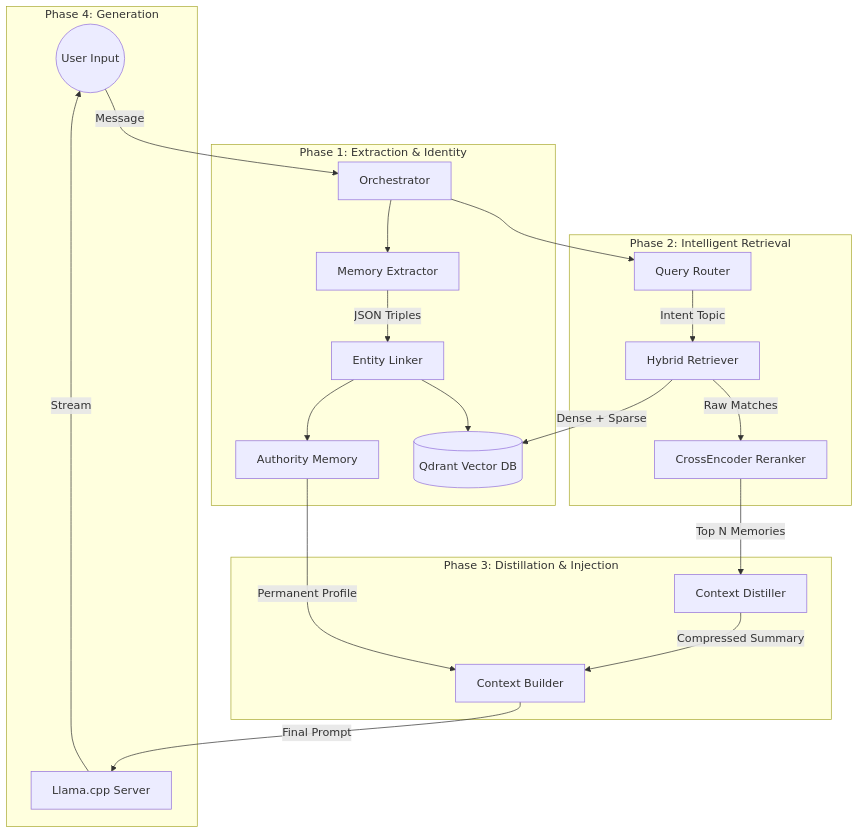
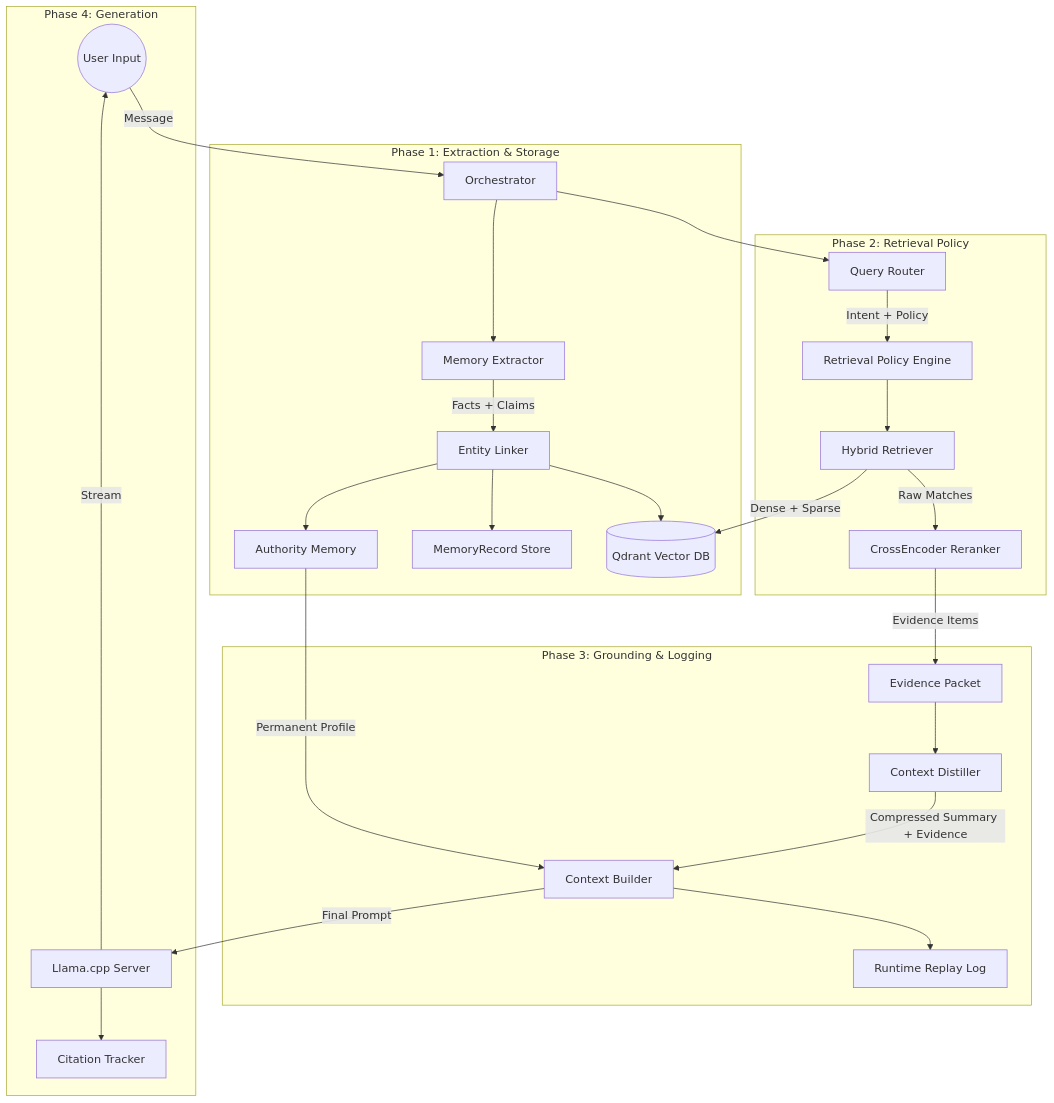
The diagram in docs/ARCHITECTURE.md (flexcreates/External-Neural-Memory-Layer-ENML), drawn with Mermaid before and after one commit. The commit also changed other lines of this file and 34 other files, not shown here.

Commit message:
Upgrade ENML memory architecture and runtime tooling

````diff
--- a/docs/ARCHITECTURE.md
+++ b/docs/ARCHITECTURE.md
@@ -11,29 +11,34 @@
 ```mermaid
 graph TD
     User((User Input)) -->|Message| Orchestrator[Orchestrator]
     
-    subgraph "Phase 1: Extraction & Identity"
+    subgraph "Phase 1: Extraction & Storage"
         Orchestrator --> Extractor[Memory Extractor]
-        Extractor -->|JSON Triples| Linker[Entity Linker]
+        Extractor -->|Facts + Claims| Linker[Entity Linker]
         Linker --> AuthMem[Authority Memory]
+        Linker --> Records[MemoryRecord Store]
         Linker --> VectorDB[(Qdrant Vector DB)]
     end
     
-    subgraph "Phase 2: Intelligent Retrieval"
+    subgraph "Phase 2: Retrieval Policy"
         Orchestrator --> Router[Query Router]
-        Router -->|Intent Topic| Retriever[Hybrid Retriever]
+        Router -->|Intent + Policy| Policy[Retrieval Policy Engine]
+        Policy --> Retriever[Hybrid Retriever]
         Retriever -->|Dense + Sparse| VectorDB
         Retriever -->|Raw Matches| Reranker[CrossEncoder Reranker]
     end
     
-    subgraph "Phase 3: Distillation & Injection"
-        Reranker -->|Top N Memories| Distiller[Context Distiller]
-        Distiller -->|Compressed Summary| ContextBuilder[Context Builder]
+    subgraph "Phase 3: Grounding & Logging"
+        Reranker -->|Evidence Items| Packet[Evidence Packet]
+        Packet --> Distiller[Context Distiller]
+        Distiller -->|Compressed Summary + Evidence| ContextBuilder[Context Builder]
         AuthMem -->|Permanent Profile| ContextBuilder
+        ContextBuilder --> Replay[Runtime Replay Log]
     end
     
     subgraph "Phase 4: Generation"
         ContextBuilder -->|Final Prompt| LLM[Llama.cpp Server]
+        LLM --> Cite[Citation Tracker]
         LLM -->|Stream| User
     end
 ```
````
